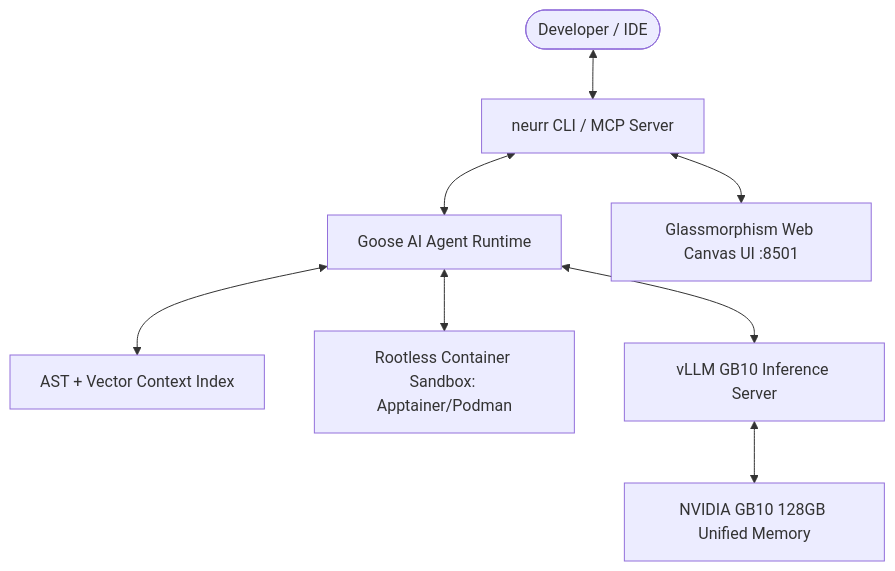
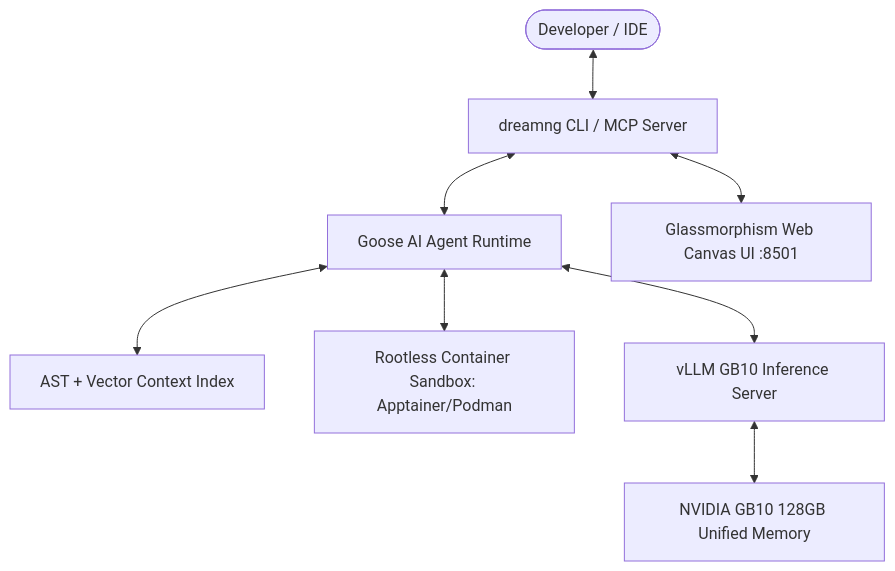
Before and after one commit to dreamference/mightling: the diagram in README.md, drawn with Mermaid. The commit also changed other lines of this file and 128 other files, not shown here.

Commit message:
Rename product from neurr to dreamng

````diff
--- a/README.md
+++ b/README.md
@@ -146,10 +146,10 @@
 ```mermaid
 flowchart TD
-    User([Developer / IDE]) <--> CLI[neurr CLI / MCP Server]
+    User([Developer / IDE]) <--> CLI[dreamng CLI / MCP Server]
     CLI <--> Goose[Goose AI Agent Runtime]
     Goose <--> ContextEngine[AST + Vector Context Index]
     Goose <--> Sandbox[Rootless Container Sandbox: Apptainer/Podman]
     Goose <--> vLLM[vLLM GB10 Inference Server]
     vLLM <--> GB10[NVIDIA GB10 128GB Unified Memory]
     CLI <--> WebUI[Glassmorphism Web Canvas UI :8501]
 ```
````
